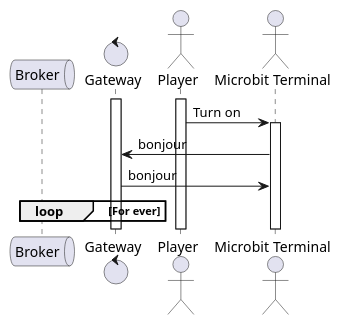
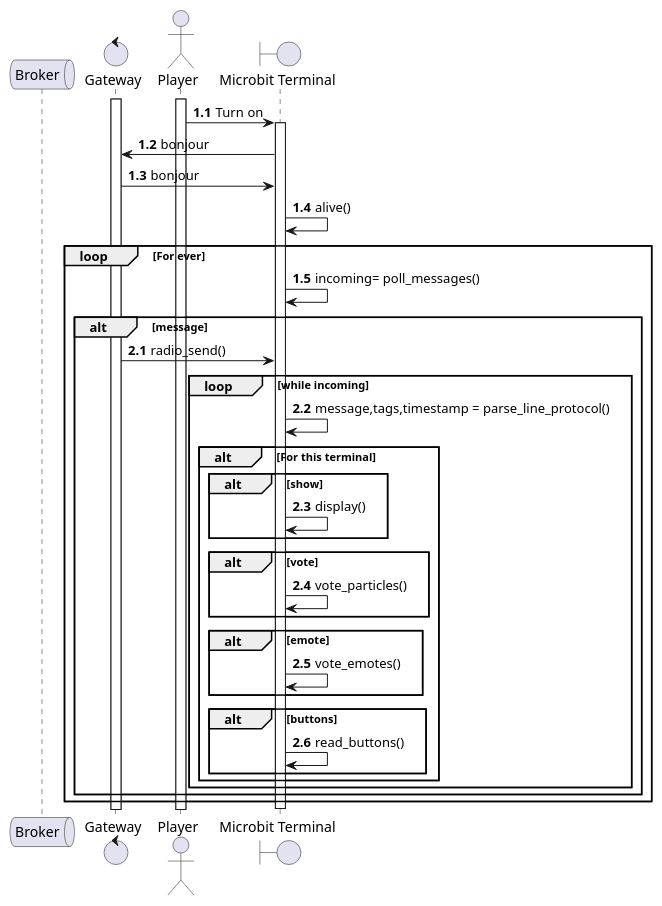
Before and after one commit to CMCRobotics/microsquad: the diagram in docs/plantuml/microbit-client.puml, drawn with PlantUML. The commit also changed 1 other file, not shown here.

Commit message:
Add microbit client sequence doc

```diff
--- a/docs/plantuml/microbit-client.puml
+++ b/docs/plantuml/microbit-client.puml
@@ -1,22 +1,46 @@
 @startuml Microbit Client
-
+autonumber 1.1
 queue "Broker" as broker
 control "Gateway" as gateway
 actor "Player" as player
-actor "Microbit Terminal" as microbit
+boundary "Microbit Terminal" as microbit
 
 activate player
 activate gateway
 
 player -> microbit : Turn on
 
 activate microbit
 
 microbit -> gateway : bonjour
 gateway -> microbit : bonjour
 
+microbit -> microbit : alive()
 loop For ever
-  
+  microbit -> microbit : incoming= poll_messages()
+  alt message
+    autonumber inc A
+    gateway -> microbit : radio_send()
+    loop while incoming
+        microbit -> microbit : message,tags,timestamp = parse_line_protocol()
+        alt For this terminal
+            alt show
+            microbit -> microbit : display()
+            end
+            alt vote
+            microbit -> microbit : vote_particles()
+            end
+            alt emote
+            microbit -> microbit : vote_emotes()
+            end
+            alt buttons
+            microbit -> microbit : read_buttons()
+            end
+        end
+    end 
+  end
 end
 
+deactivate microbit
+
 @enduml
```
